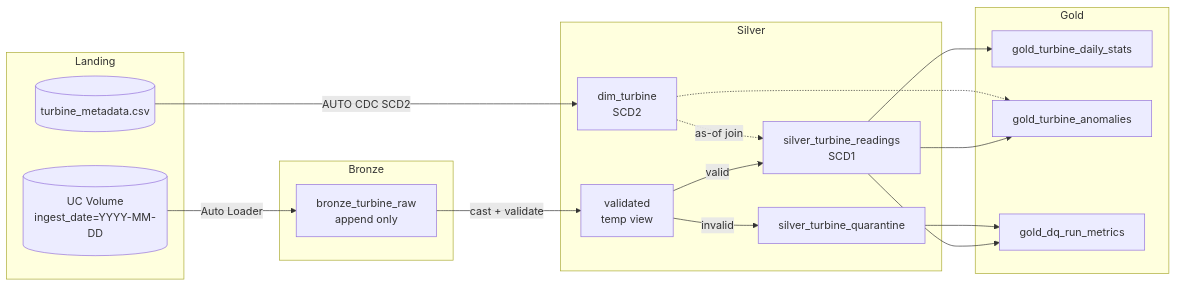
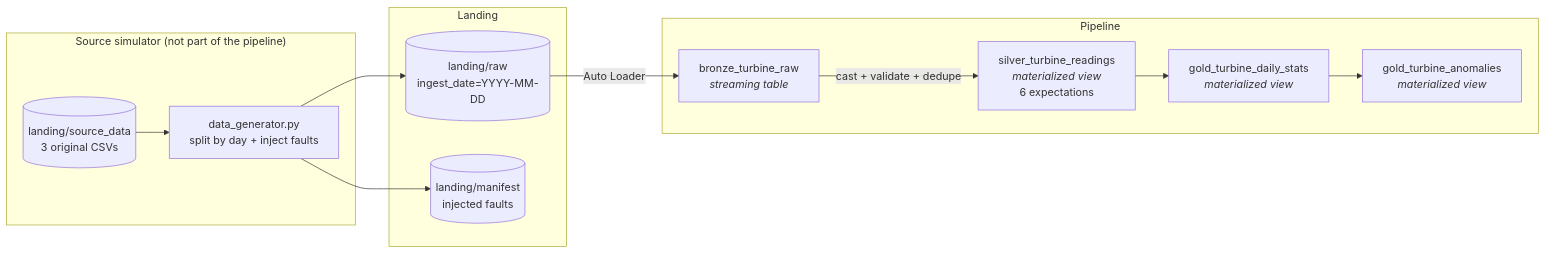
The diagram in docs/README.md (paulBridgeAR/pocWindFarm), drawn with Mermaid before and after one commit. The commit also changed other lines of this file and 1 other file, not shown here.

````diff
--- a/docs/README.md
+++ b/docs/README.md
@@ -60,32 +76,24 @@
 ```mermaid
 flowchart LR
+  subgraph SIM["Source simulator (not part of the pipeline)"]
+    SRC[("landing/source_data<br/>3 original CSVs")]
+    GEN["data_generator.py<br/>split by day + inject faults"]
+    SRC --> GEN
+  end
   subgraph L["Landing"]
-    V[("UC Volume<br/>ingest_date=YYYY-MM-DD")]
-    M[("turbine_metadata.csv")]
+    RAW[("landing/raw<br/>ingest_date=YYYY-MM-DD")]
+    MAN[("landing/manifest<br/>injected faults")]
   end
-  subgraph B["Bronze"]
-    BR["bronze_turbine_raw<br/>append only"]
+  subgraph P["Pipeline"]
+    BR["bronze_turbine_raw<br/><i>streaming table</i>"]
+    SR["silver_turbine_readings<br/><i>materialized view</i><br/>6 expectations"]
+    ST["gold_turbine_daily_stats<br/><i>materialized view</i>"]
+    AN["gold_turbine_anomalies<br/><i>materialized view</i>"]
   end
-  subgraph S["Silver"]
-    DIM["dim_turbine<br/>SCD2"]
-    VW["validated<br/>temp view"]
-    SR["silver_turbine_readings<br/>SCD1"]
-    QR["silver_turbine_quarantine"]
-  end
-  subgraph G["Gold"]
-    ST["gold_turbine_daily_stats"]
-    AN["gold_turbine_anomalies"]
-    DQ["gold_dq_run_metrics"]
-  end
-  V -->|Auto Loader| BR
-  M -->|AUTO CDC SCD2| DIM
-  BR -->|cast + validate| VW
-  VW -->|valid| SR
-  VW -->|invalid| QR
-  DIM -.->|as-of join| SR
+  GEN --> RAW
+  GEN --> MAN
+  RAW -->|Auto Loader| BR
+  BR -->|cast + validate + dedupe| SR
   SR --> ST
-  SR --> AN
-  DIM -.-> AN
-  SR --> DQ
-  QR --> DQ
+  ST --> AN
 ```
````
